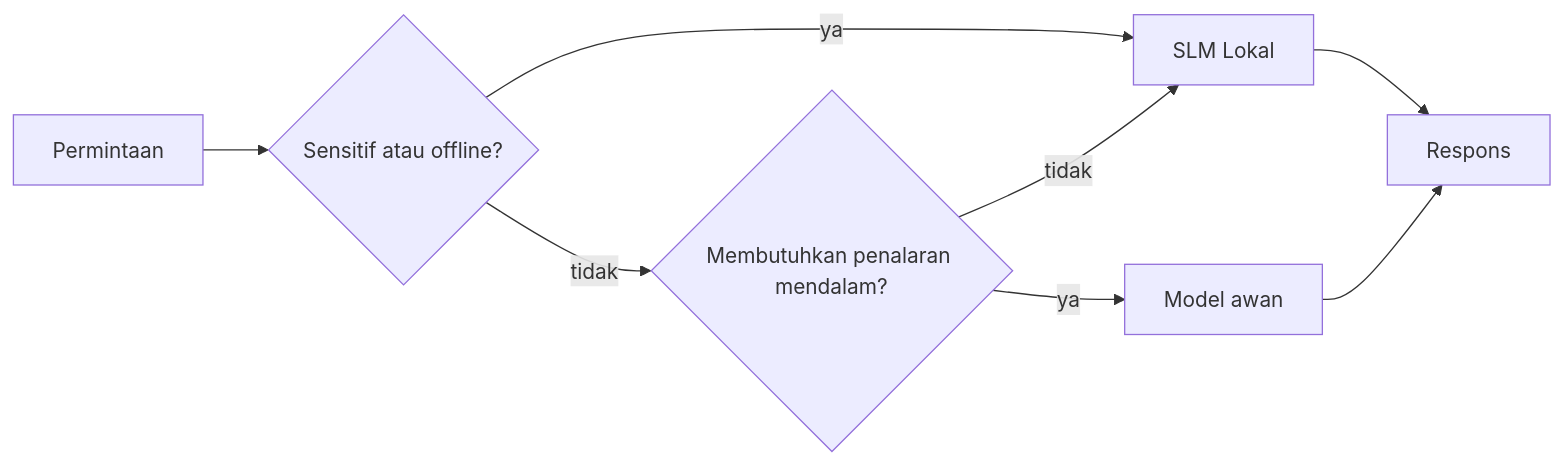
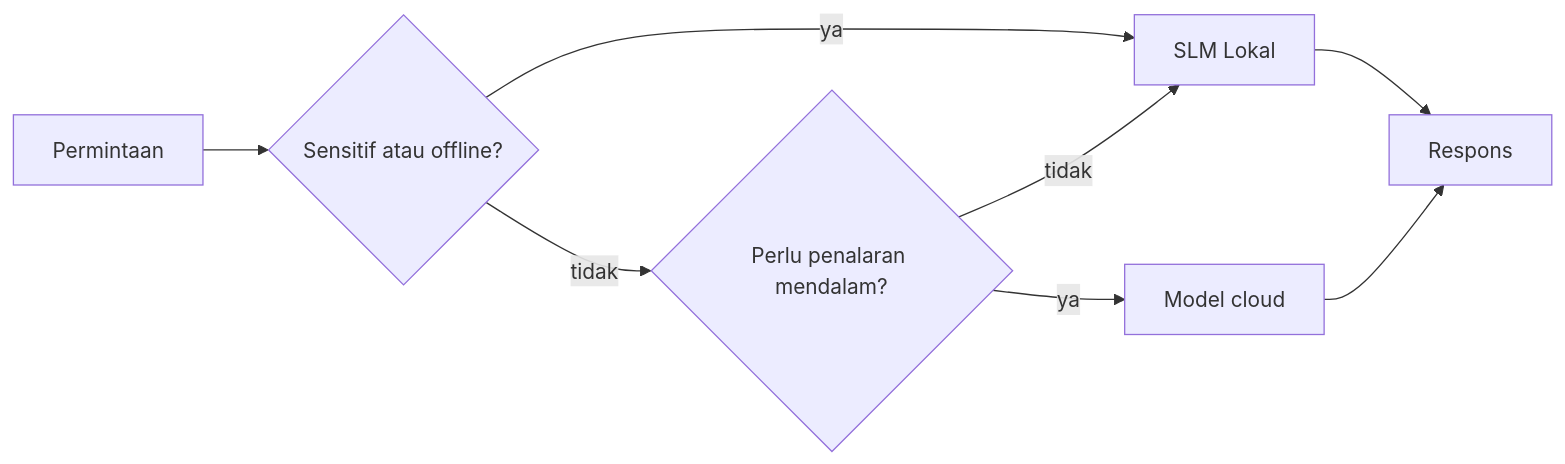
One commit to microsoft/ai-agents-for-beginners changed the fourth of 4 diagrams in translations/id/17-creating-local-ai-agents/README.md. Above: the diagram before and after it, drawn with Mermaid. The commit also changed other lines of this file and 46 other files, not shown here.

````diff
--- a/translations/id/17-creating-local-ai-agents/README.md
+++ b/translations/id/17-creating-local-ai-agents/README.md
@@ -156,10 +156,10 @@
 ```mermaid
 flowchart LR
     Q[Permintaan] --> S{Sensitif atau offline?}
     S -->|ya| L[SLM Lokal]
-    S -->|tidak| C{Membutuhkan penalaran mendalam?}
+    S -->|tidak| C{Perlu penalaran mendalam?}
     C -->|tidak| L
-    C -->|ya| Cloud[Model awan]
+    C -->|ya| Cloud[Model cloud]
     L --> Out[Respons]
     Cloud --> Out
 ```
````
